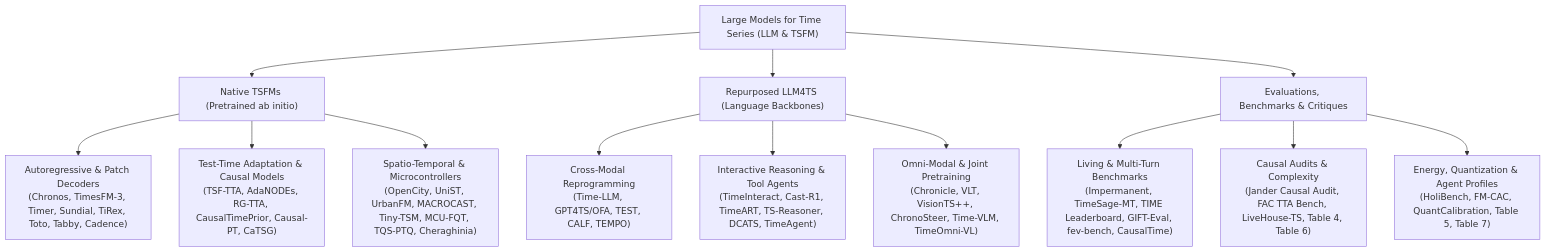
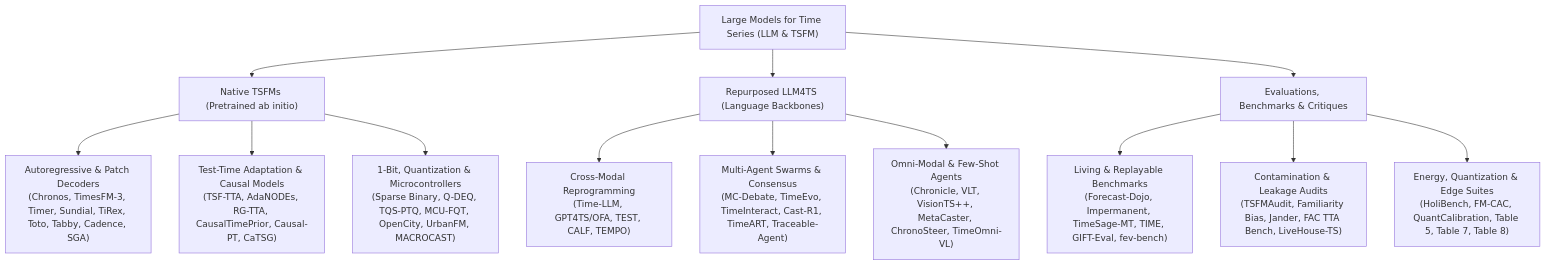
One commit to lihuirui/awesome-llm-time-series-foundation-models-survey changed the diagram in README.md. Above: the diagram before and after it, drawn with Mermaid. The commit also changed other lines of this file and 30 other files, not shown here.

Commit message:
feat(iter-8): multi-agent swarms, 1-bit transformers & continuous contamination auditing

````diff
--- a/README.md
+++ b/README.md
@@ -29,19 +29,19 @@
 ```mermaid
 graph TD
     Root["Large Models for Time Series (LLM & TSFM)"]
     Root --> P1["Native TSFMs (Pretrained ab initio)"]
     Root --> P2["Repurposed LLM4TS (Language Backbones)"]
     Root --> P3["Evaluations, Benchmarks & Critiques"]
 
-    P1 --> P1_Dec["Autoregressive & Patch Decoders<br/>(Chronos, TimesFM-3, Timer, Sundial, TiRex, Toto, Tabby, Cadence)"]
+    P1 --> P1_Dec["Autoregressive & Patch Decoders<br/>(Chronos, TimesFM-3, Timer, Sundial, TiRex, Toto, Tabby, Cadence, SGA)"]
     P1 --> P1_TTA["Test-Time Adaptation & Causal Models<br/>(TSF-TTA, AdaNODEs, RG-TTA, CausalTimePrior, Causal-PT, CaTSG)"]
-    P1 --> P1_Edge["Spatio-Temporal & Microcontrollers<br/>(OpenCity, UniST, UrbanFM, MACROCAST, Tiny-TSM, MCU-FQT, TQS-PTQ, Cheraghinia)"]
+    P1 --> P1_Edge["1-Bit, Quantization & Microcontrollers<br/>(Sparse Binary, Q-DEQ, TQS-PTQ, MCU-FQT, OpenCity, UrbanFM, MACROCAST)"]
 
     P2 --> P2_Reprog["Cross-Modal Reprogramming<br/>(Time-LLM, GPT4TS/OFA, TEST, CALF, TEMPO)"]
-    P2 --> P2_Agent["Interactive Reasoning & Tool Agents<br/>(TimeInteract, Cast-R1, TimeART, TS-Reasoner, DCATS, TimeAgent)"]
-    P2 --> P2_Omni["Omni-Modal & Joint Pretraining<br/>(Chronicle, VLT, VisionTS++, ChronoSteer, Time-VLM, TimeOmni-VL)"]
+    P2 --> P2_Agent["Multi-Agent Swarms & Consensus<br/>(MC-Debate, TimeEvo, TimeInteract, Cast-R1, TimeART, Traceable-Agent)"]
+    P2 --> P2_Omni["Omni-Modal & Few-Shot Agents<br/>(Chronicle, VLT, VisionTS++, MetaCaster, ChronoSteer, TimeOmni-VL)"]
 
-    P3 --> P3_Bench["Living & Multi-Turn Benchmarks<br/>(Impermanent, TimeSage-MT, TIME Leaderboard, GIFT-Eval, fev-bench, CausalTime)"]
-    P3 --> P3_Audit["Causal Audits & Complexity<br/>(Jander Causal Audit, FAC TTA Bench, LiveHouse-TS, Table 4, Table 6)"]
-    P3 --> P3_Energy["Energy, Quantization & Agent Profiles<br/>(HoliBench, FM-CAC, QuantCalibration, Table 5, Table 7)"]
+    P3 --> P3_Bench["Living & Replayable Benchmarks<br/>(Forecast-Dojo, Impermanent, TimeSage-MT, TIME, GIFT-Eval, fev-bench)"]
+    P3 --> P3_Audit["Contamination & Leakage Audits<br/>(TSFMAudit, Familiarity Bias, Jander, FAC TTA Bench, LiveHouse-TS)"]
+    P3 --> P3_Energy["Energy, Quantization & Edge Suites<br/>(HoliBench, FM-CAC, QuantCalibration, Table 5, Table 7, Table 8)"]
 ```
````
